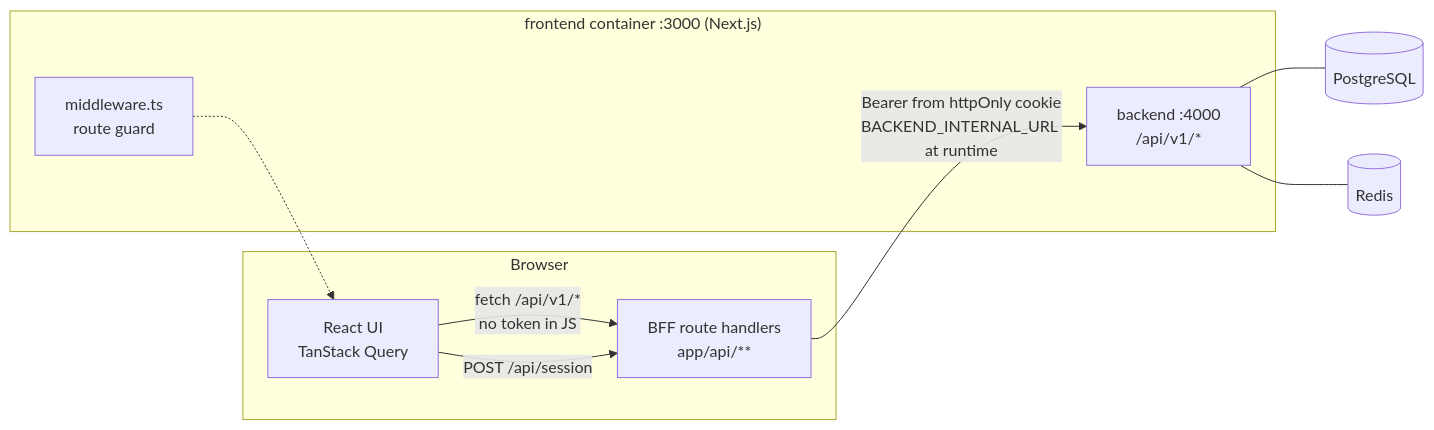
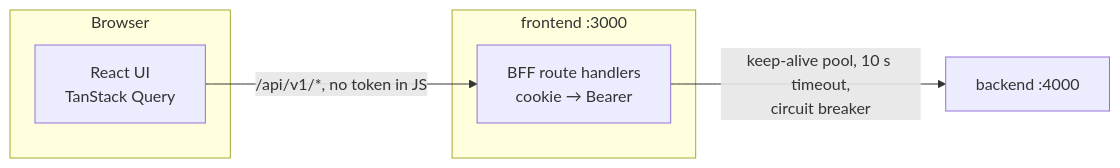
The first of 2 diagrams in docs/frontend/architecture.md (ehamamrah/Pokunity), drawn with Mermaid before and after one commit. The commit also changed other lines of this file and 12 other files, not shown here.

Commit message:
Shorten architecture, frontend and performance docs

````diff
--- a/docs/frontend/architecture.md
+++ b/docs/frontend/architecture.md
@@ -10,14 +5,11 @@
 ```mermaid
 flowchart LR
   subgraph Browser
-    UI[React UI<br/>TanStack Query] -->|fetch /api/v1/*<br/>no token in JS| BFF
-    UI -->|POST /api/session| BFF
+    UI["React UI<br/>TanStack Query"]
   end
-  subgraph "frontend container :3000 (Next.js)"
-    MW[middleware.ts<br/>route guard] -.-> UI
-    BFF[BFF route handlers<br/>app/api/**] -->|Bearer from httpOnly cookie<br/>BACKEND_INTERNAL_URL at runtime| API
+  subgraph "frontend :3000"
+    BFF["BFF route handlers<br/>cookie → Bearer"]
   end
-  API[backend :4000<br/>/api/v1/*]
-  API --- PG[(PostgreSQL)]
-  API --- RD[(Redis)]
+  UI -->|"/api/v1/*, no token in JS"| BFF
+  BFF -->|"keep-alive pool, 10 s timeout,<br/>circuit breaker"| API["backend :4000"]
 ```
````
